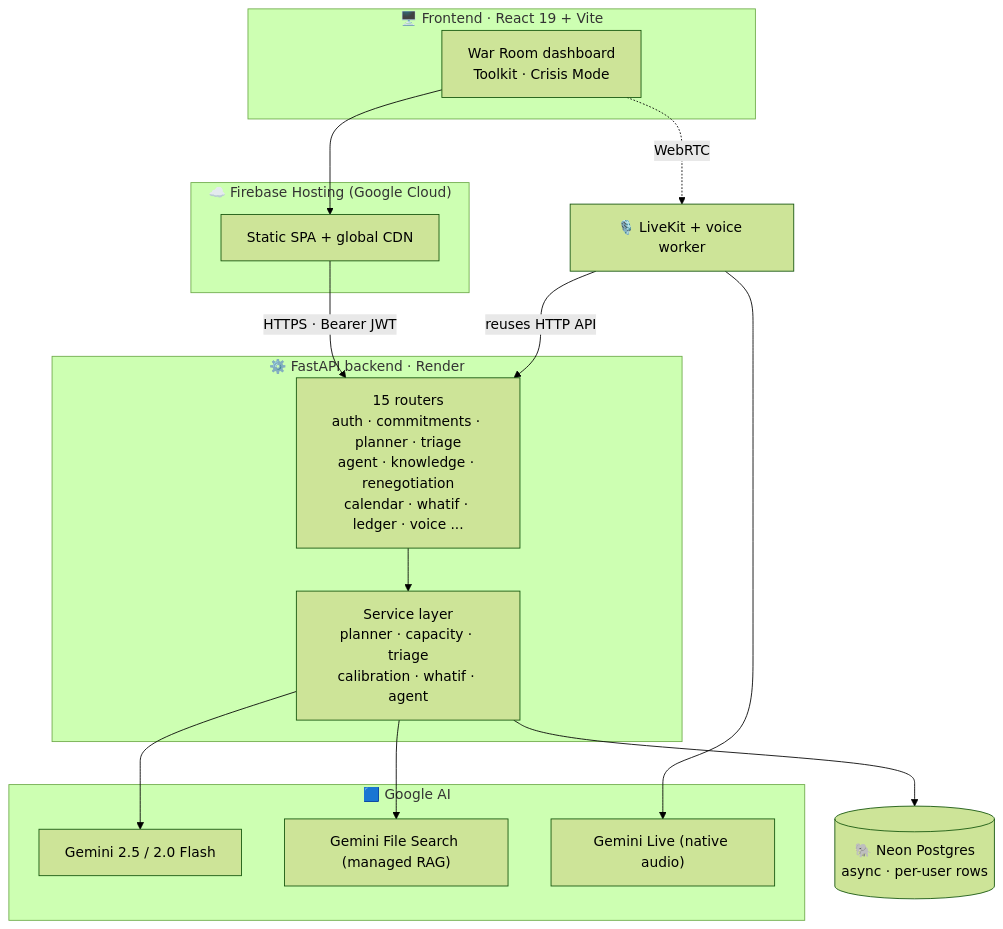
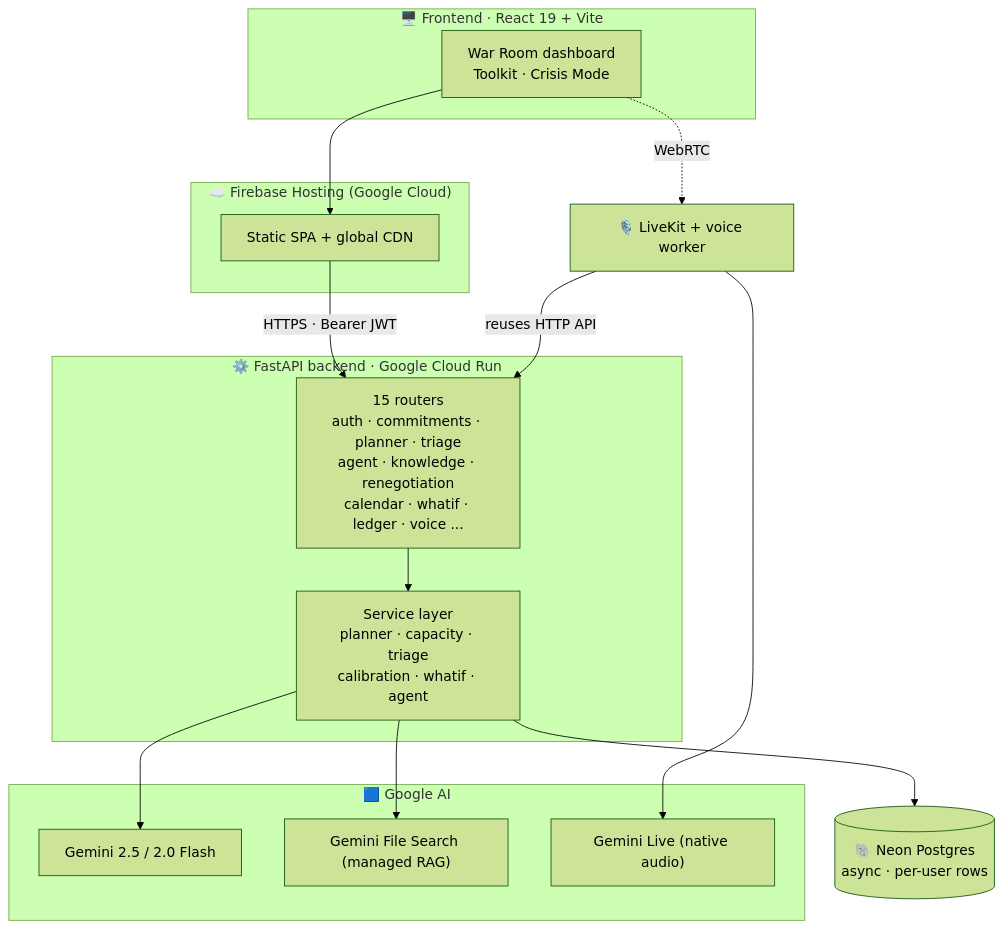
The first of 5 diagrams in README.md (hs-zz27/Clutch), drawn with Mermaid (forest theme) before and after one commit. The commit also changed other lines of this file and 1 other file, not shown here.

Commit message:
docs: update README deployment section for Google Cloud Run migration and add PR workflow

````diff
--- a/README.md
+++ b/README.md
@@ -45,30 +45,30 @@
 ```mermaid
 flowchart TB
     subgraph Client["🖥️ Frontend · React 19 + Vite"]
         UI["War Room dashboard<br/>Toolkit · Crisis Mode"]
     end
     subgraph Hosting["☁️ Firebase Hosting (Google Cloud)"]
         CDN["Static SPA + global CDN"]
     end
-    subgraph API["⚙️ FastAPI backend · Render"]
+    subgraph API["⚙️ FastAPI backend · Google Cloud Run"]
         R["15 routers<br/>auth · commitments · planner · triage<br/>agent · knowledge · renegotiation<br/>calendar · whatif · ledger · voice ..."]
         SVC["Service layer<br/>planner · capacity · triage<br/>calibration · whatif · agent"]
     end
     subgraph Google["🟦 Google AI"]
         GFlash["Gemini 2.5 / 2.0 Flash"]
         GRAG["Gemini File Search (managed RAG)"]
         GLive["Gemini Live (native audio)"]
     end
     DB[("🐘 Neon Postgres<br/>async · per-user rows")]
     LK["🎙️ LiveKit + voice worker"]
 
     UI --> CDN
     CDN -->|"HTTPS · Bearer JWT"| R
     R --> SVC
     SVC --> DB
     SVC --> GFlash
     SVC --> GRAG
     LK --> GLive
     LK -->|"reuses HTTP API"| R
     UI -.->|"WebRTC"| LK
 ```
````
